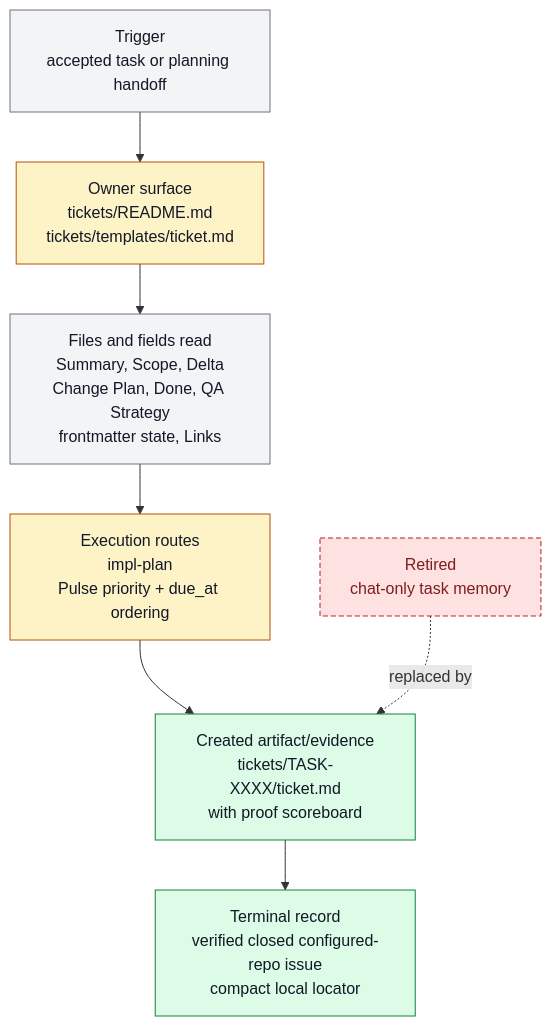
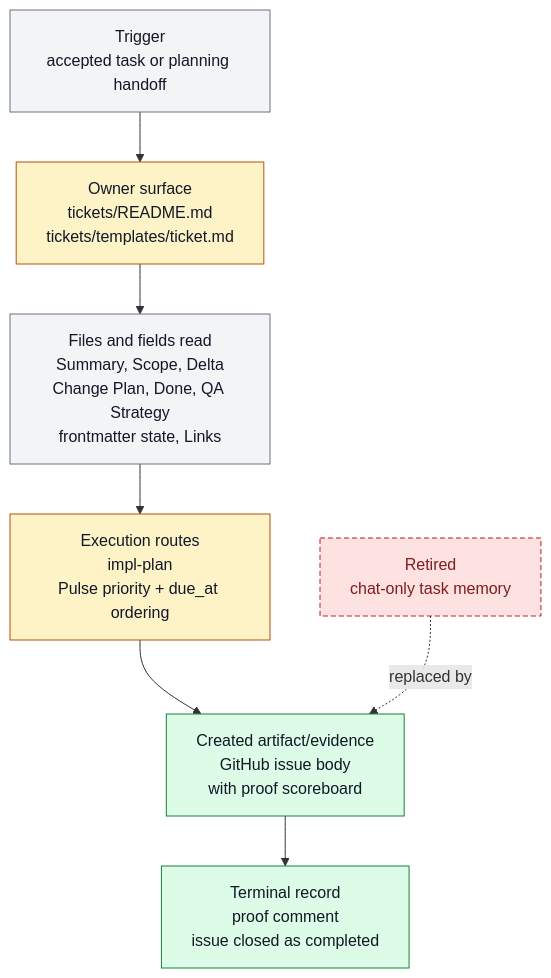
One commit to ZanarkandTechnologies/Farplane changed the diagram in docs/features/FEAT-0007-ticket-as-durable-task-memory.md. Above: the diagram before and after it, drawn with Mermaid. The commit also changed other lines of this file and 70 other files, not shown here.

First line of the commit message:
refactor(goal-advisor): Goal Packets live on the GitHub issue

````diff
--- a/docs/features/FEAT-0007-ticket-as-durable-task-memory.md
+++ b/docs/features/FEAT-0007-ticket-as-durable-task-memory.md
@@ -158,19 +147,19 @@
 ```mermaid
 flowchart TD
   classDef keep fill:#f3f4f6,stroke:#6b7280,color:#111827
   classDef changed fill:#fef3c7,stroke:#b45309,color:#111827
   classDef added fill:#dcfce7,stroke:#15803d,color:#111827
   classDef retired fill:#fee2e2,stroke:#b91c1c,color:#7f1d1d,stroke-dasharray: 5 3
 
   trigger["Trigger<br/>accepted task or planning handoff"]:::keep
   owner["Owner surface<br/>tickets/README.md<br/>tickets/templates/ticket.md"]:::changed
   readers["Files and fields read<br/>Summary, Scope, Delta<br/>Change Plan, Done, QA Strategy<br/>frontmatter state, Links"]:::keep
   routes["Execution routes<br/>impl-plan<br/>Pulse priority + due_at ordering"]:::changed
-  artifact["Created artifact/evidence<br/>tickets/TASK-XXXX/ticket.md<br/>with proof scoreboard"]:::added
-  close["Terminal record<br/>verified closed configured-repo issue<br/>compact local locator"]:::added
+  artifact["Created artifact/evidence<br/>GitHub issue body<br/>with proof scoreboard"]:::added
+  close["Terminal record<br/>proof comment<br/>issue closed as completed"]:::added
   old["Retired<br/>chat-only task memory"]:::retired
 
   trigger --> owner --> readers --> routes --> artifact
   artifact --> close
   old -. replaced by .-> artifact
 ```
````
